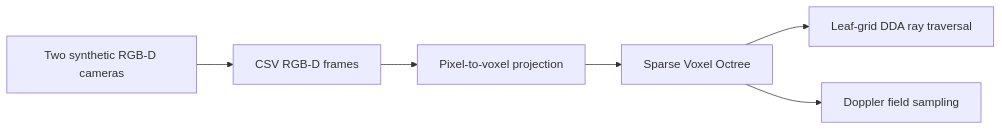
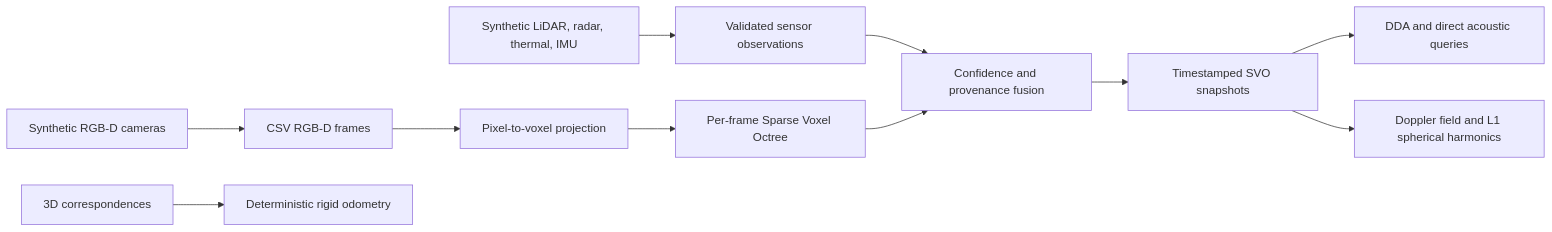
One commit to gusinistro/voxel4d changed the diagram in README.md. Above: the diagram before and after it, drawn with Mermaid. The commit also changed other lines of this file and 36 other files, not shown here.

````diff
--- a/README.md
+++ b/README.md
@@ -91,8 +94,13 @@
 ```mermaid
 flowchart LR
-    A[Two synthetic RGB-D cameras] --> B[CSV RGB-D frames]
+    A[Synthetic RGB-D cameras] --> B[CSV RGB-D frames]
     B --> C[Pixel-to-voxel projection]
-    C --> D[Sparse Voxel Octree]
-    D --> E[Leaf-grid DDA ray traversal]
-    D --> F[Doppler field sampling]
+    C --> D[Per-frame Sparse Voxel Octree]
+    E[Synthetic LiDAR, radar, thermal, IMU] --> F[Validated sensor observations]
+    F --> G[Confidence and provenance fusion]
+    D --> G
+    G --> H[Timestamped SVO snapshots]
+    H --> I[DDA and direct acoustic queries]
+    H --> J[Doppler field and L1 spherical harmonics]
+    K[3D correspondences] --> L[Deterministic rigid odometry]
 ```
````
